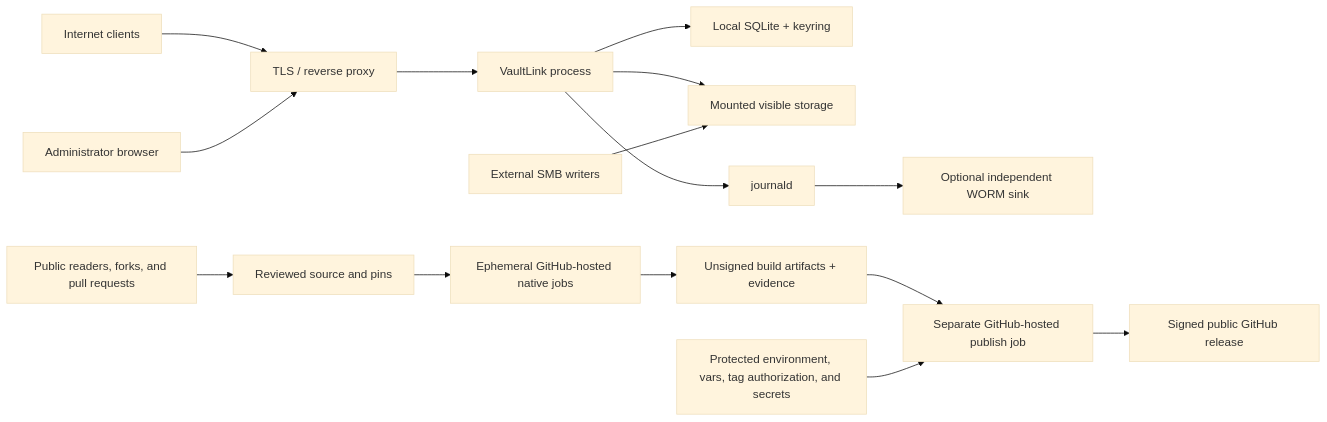
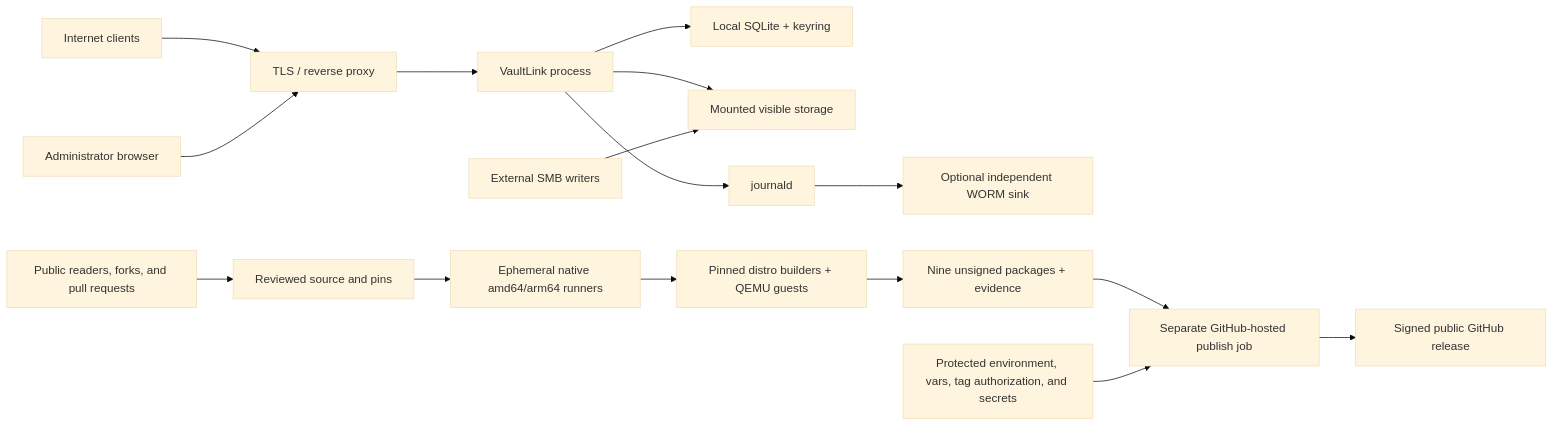
The diagram in THREAT_MODEL.md (alexhaberl/VaultLink), drawn with Mermaid (base theme) before and after one commit. The commit also changed other lines of this file and 90 other files, not shown here.

Commit message:
Add native multi-distribution packages for 0.6.0

````diff
--- a/THREAT_MODEL.md
+++ b/THREAT_MODEL.md
@@ -103,18 +106,19 @@
 ```mermaid
 flowchart LR
     Internet["Internet clients"] --> Proxy["TLS / reverse proxy"]
     Proxy --> App["VaultLink process"]
     Admin["Administrator browser"] --> Proxy
     App --> DB["Local SQLite + keyring"]
     App --> Storage["Mounted visible storage"]
     SMB["External SMB writers"] --> Storage
     App --> Journal["journald"]
     Journal --> WORM["Optional independent WORM sink"]
 
     Public["Public readers, forks, and pull requests"] --> Source["Reviewed source and pins"]
-    Source --> Runners["Ephemeral GitHub-hosted native jobs"]
-    Runners --> Artifacts["Unsigned build artifacts + evidence"]
+    Source --> Runners["Ephemeral native amd64/arm64 runners"]
+    Runners --> Builders["Pinned distro builders + QEMU guests"]
+    Builders --> Artifacts["Nine unsigned packages + evidence"]
     Artifacts --> Publish["Separate GitHub-hosted publish job"]
     GitHub["Protected environment, vars, tag authorization, and secrets"] --> Publish
     Publish --> Release["Signed public GitHub release"]
 ```
````
